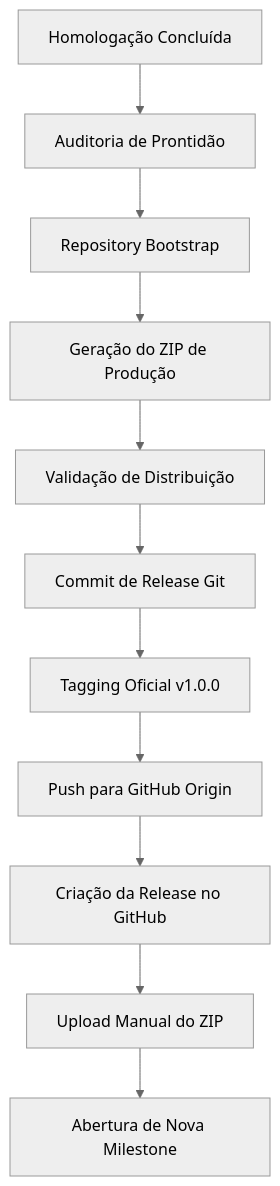
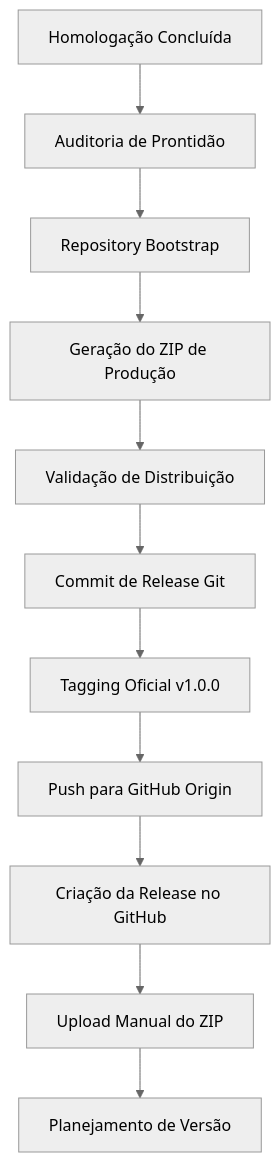
The diagram in docs/RELEASE_PROCESS.md (tdvieira/gerador_posts), drawn with Mermaid (neutral theme) before and after one commit. The commit also changed other lines of this file and 8 other files, not shown here.

````diff
--- a/docs/RELEASE_PROCESS.md
+++ b/docs/RELEASE_PROCESS.md
@@ -23,13 +23,13 @@
 ```mermaid
 graph TD
     A[Homologação Concluída] --> B[Auditoria de Prontidão]
     B --> C[Repository Bootstrap]
     C --> D[Geração do ZIP de Produção]
     D --> E[Validação de Distribuição]
     E --> F[Commit de Release Git]
     F --> G[Tagging Oficial v1.0.0]
     G --> H[Push para GitHub Origin]
     H --> I[Criação da Release no GitHub]
     I --> J[Upload Manual do ZIP]
-    J --> K[Abertura de Nova Milestone]
+    J --> K[Planejamento de Versão]
 ```
````
